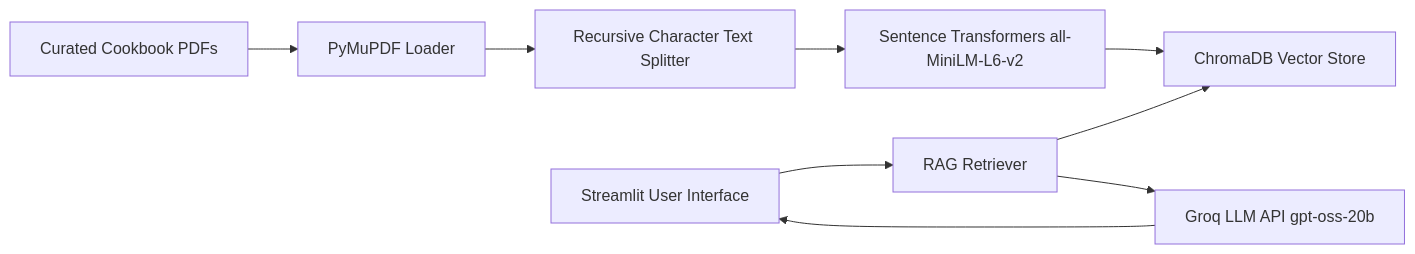
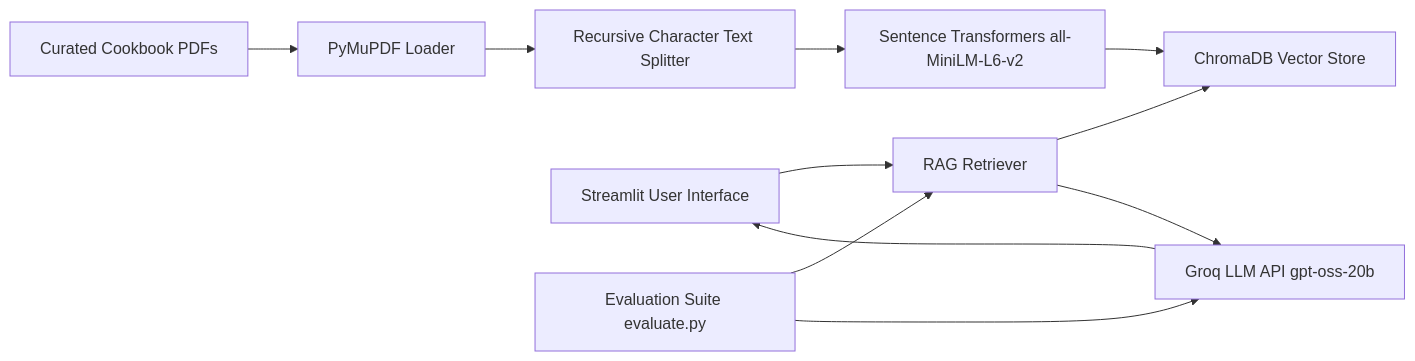
The diagram in README.md (harshavardhan1703-ds/RAG-cooking-assistant), drawn with Mermaid before and after one commit. The commit also changed other lines of this file, not shown here.

````diff
--- a/README.md
+++ b/README.md
@@ -15,21 +15,24 @@
 ```mermaid
 flowchart LR
 
 A[Curated Cookbook PDFs]
 B[PyMuPDF Loader]
 C[Recursive Character Text Splitter]
 D[Sentence Transformers all-MiniLM-L6-v2]
 E[ChromaDB Vector Store]
 F[Streamlit User Interface]
 G[RAG Retriever]
 H[Groq LLM API gpt-oss-20b]
+I[Evaluation Suite evaluate.py]
 
 A --> B
 B --> C
 C --> D
 D --> E
 F --> G
 G --> E
 G --> H
 H --> F
+I --> G
+I --> H
 ```
````
